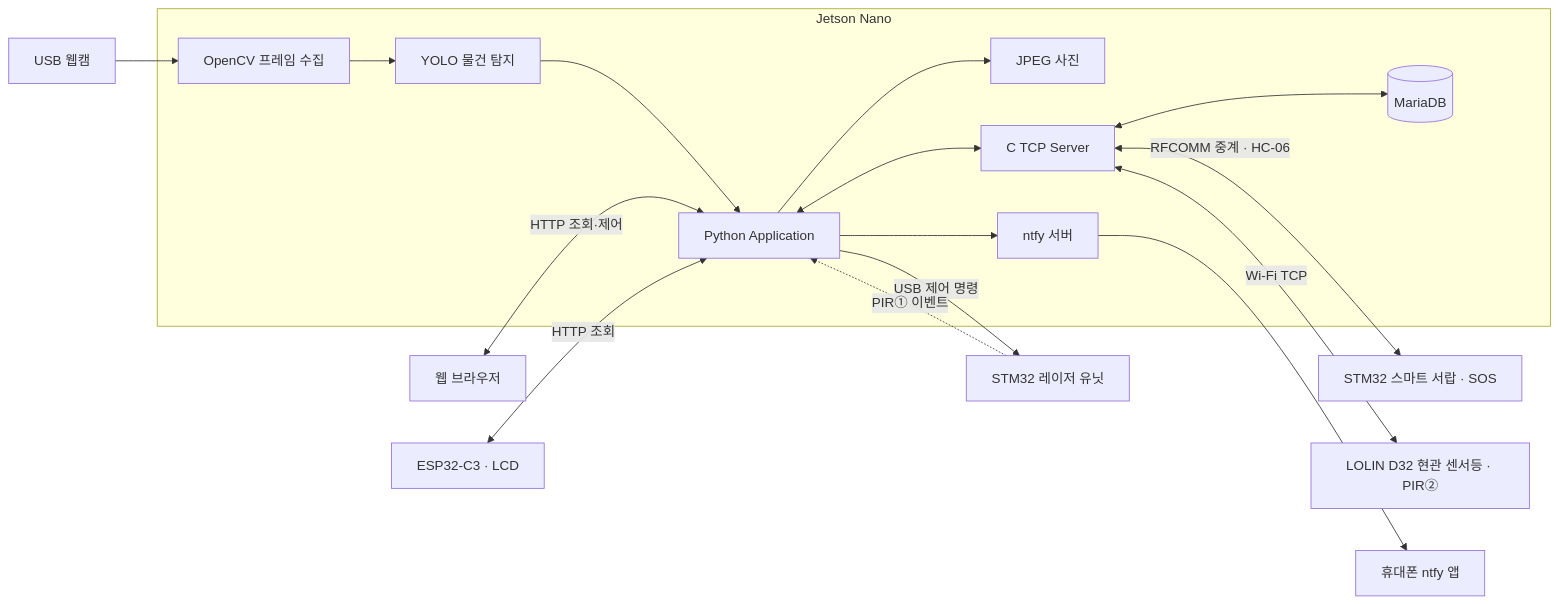
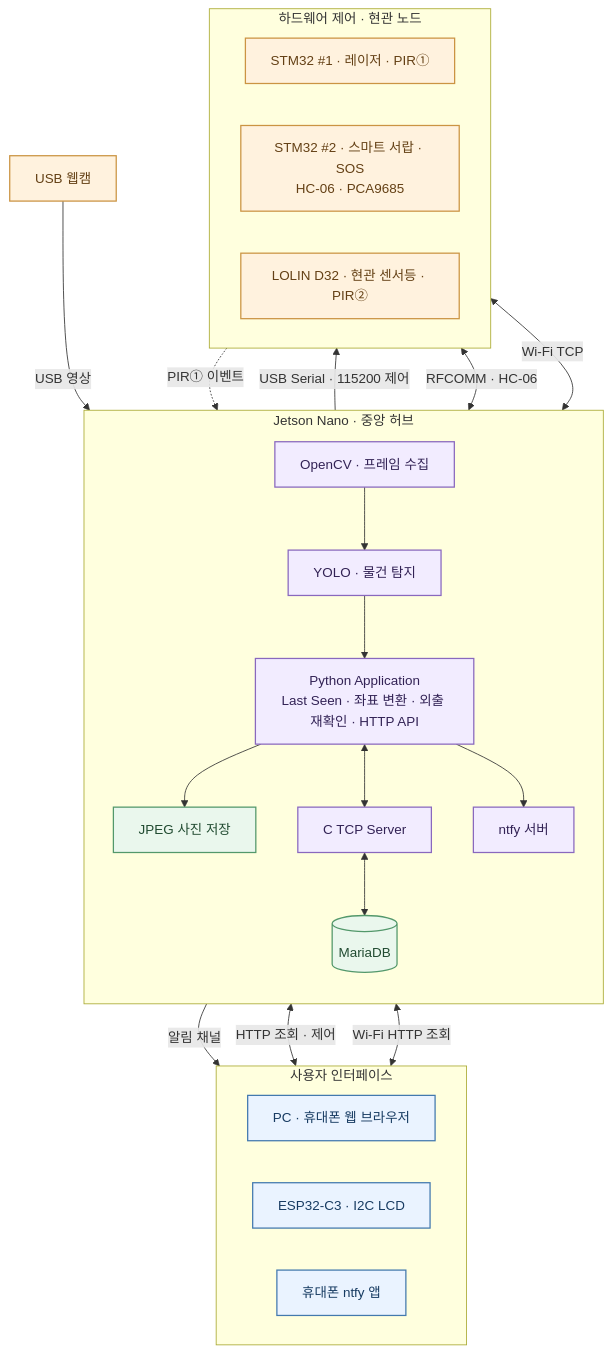
The diagram in README.md (dev-gabin/Retrace-Project), drawn with Mermaid before and after one commit.

Commit message:
REAME.md 시스템 구조도 수정

````diff
--- a/README.md
+++ b/README.md
@@ -23,20 +23,46 @@
 ```mermaid
-flowchart LR
-    CAM[USB 웹캠] --> CV[OpenCV 프레임 수집]
-    CV --> YOLO[YOLO 물건 탐지]
-    subgraph HUB[Jetson Nano]
-        CV
-        YOLO --> PY[Python Application]
-        PY --> PHOTO[JPEG 사진]
-        PY <--> TCP[C TCP Server]
-        TCP <--> DB[(MariaDB)]
-        PY --> NTFY[ntfy 서버]
+flowchart TB
+    %% User-facing endpoints
+    subgraph USERS["사용자 인터페이스"]
+        direction LR
+        WEB["PC · 휴대폰 웹 브라우저"]
+        LCD["ESP32-C3 · I2C LCD"]
+        PHONE["휴대폰 ntfy 앱"]
     end
-    WEB[웹 브라우저] <-->|HTTP 조회·제어| PY
-    LCD[ESP32-C3 · LCD] <-->|HTTP 조회| PY
-    PY -->|USB 제어 명령| MAIN[STM32 레이저 유닛]
-    MAIN -.->|PIR① 이벤트| PY
-    TCP <-->|RFCOMM 중계 · HC-06| DRAWER[STM32 스마트 서랍 · SOS]
-    TCP <-->|Wi-Fi TCP| ENTRANCE[LOLIN D32 현관 센서등 · PIR②]
-    NTFY --> PHONE[휴대폰 ntfy 앱]
+
+    CAM["USB 웹캠"]
+
+    subgraph HUB["Jetson Nano · 중앙 허브"]
+        direction TB
+        CV["OpenCV · 프레임 수집"] --> YOLO["YOLO · 물건 탐지"] --> PY["Python Application<br/>Last Seen · 좌표 변환 · 외출 재확인 · HTTP API"]
+        PY --> PHOTO["JPEG 사진 저장"]
+        PY <--> TCP["C TCP Server"]
+        TCP <--> DB[("MariaDB")]
+        PY --> NTFY["ntfy 서버"]
+    end
+
+    subgraph DEVICES["하드웨어 제어 · 현관 노드"]
+        direction LR
+        MAIN["STM32 #1 · 레이저 · PIR①"]
+        DRAWER["STM32 #2 · 스마트 서랍 · SOS<br/>HC-06 · PCA9685"]
+        ENTRANCE["LOLIN D32 · 현관 센서등 · PIR②"]
+    end
+
+    CAM -->|"USB 영상"| CV
+    WEB <-->|"HTTP 조회 · 제어"| PY
+    LCD <-->|"Wi-Fi HTTP 조회"| PY
+    NTFY -->|"알림 채널"| PHONE
+    PY -->|"USB Serial · 115200 제어"| MAIN
+    MAIN -.->|"PIR① 이벤트"| PY
+    TCP <-->|"RFCOMM · HC-06"| DRAWER
+    TCP <-->|"Wi-Fi TCP"| ENTRANCE
+
+    classDef interface fill:#EAF3FF,stroke:#4379AE,color:#173B62,stroke-width:1.5px
+    classDef processing fill:#F2ECFF,stroke:#8968BE,color:#322255,stroke-width:1.5px
+    classDef storage fill:#EAF7ED,stroke:#53986B,color:#214B31,stroke-width:1.5px
+    classDef hardware fill:#FFF2DE,stroke:#CB9443,color:#644015,stroke-width:1.5px
+    class WEB,LCD,PHONE interface
+    class CV,YOLO,PY,TCP,NTFY processing
+    class PHOTO,DB storage
+    class CAM,MAIN,DRAWER,ENTRANCE hardware
 ```
````
